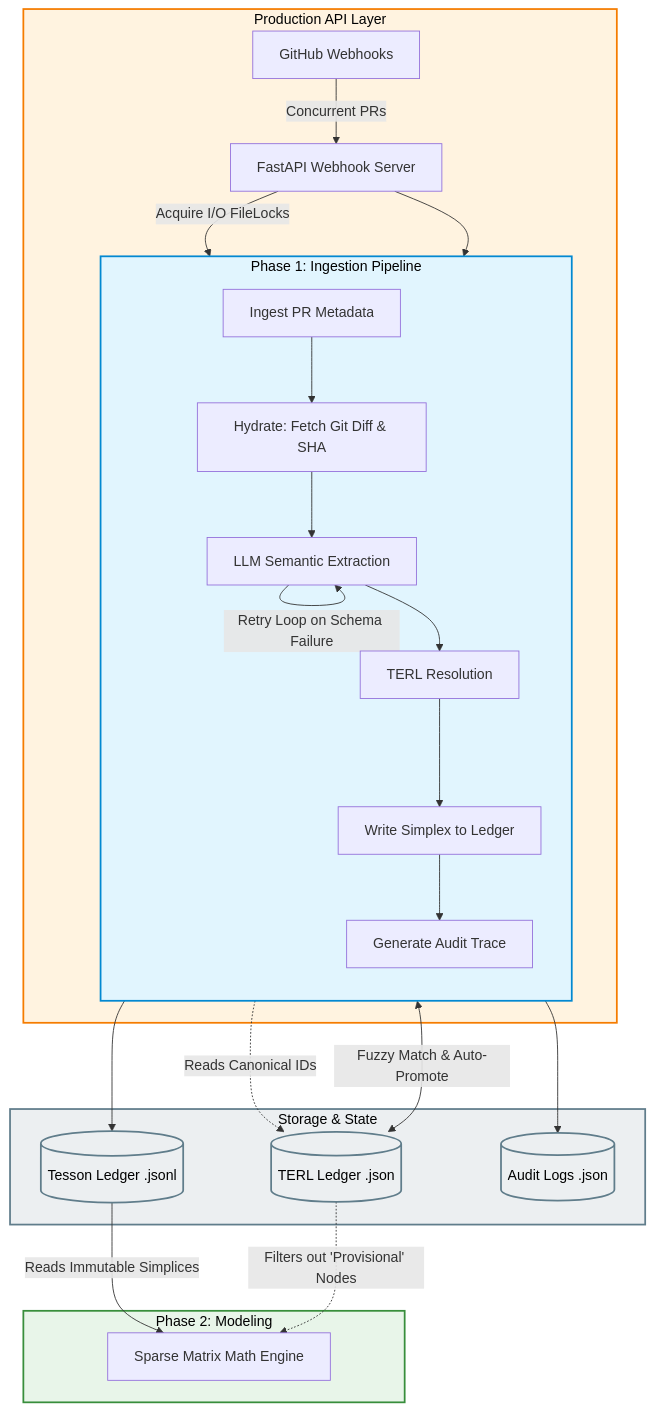
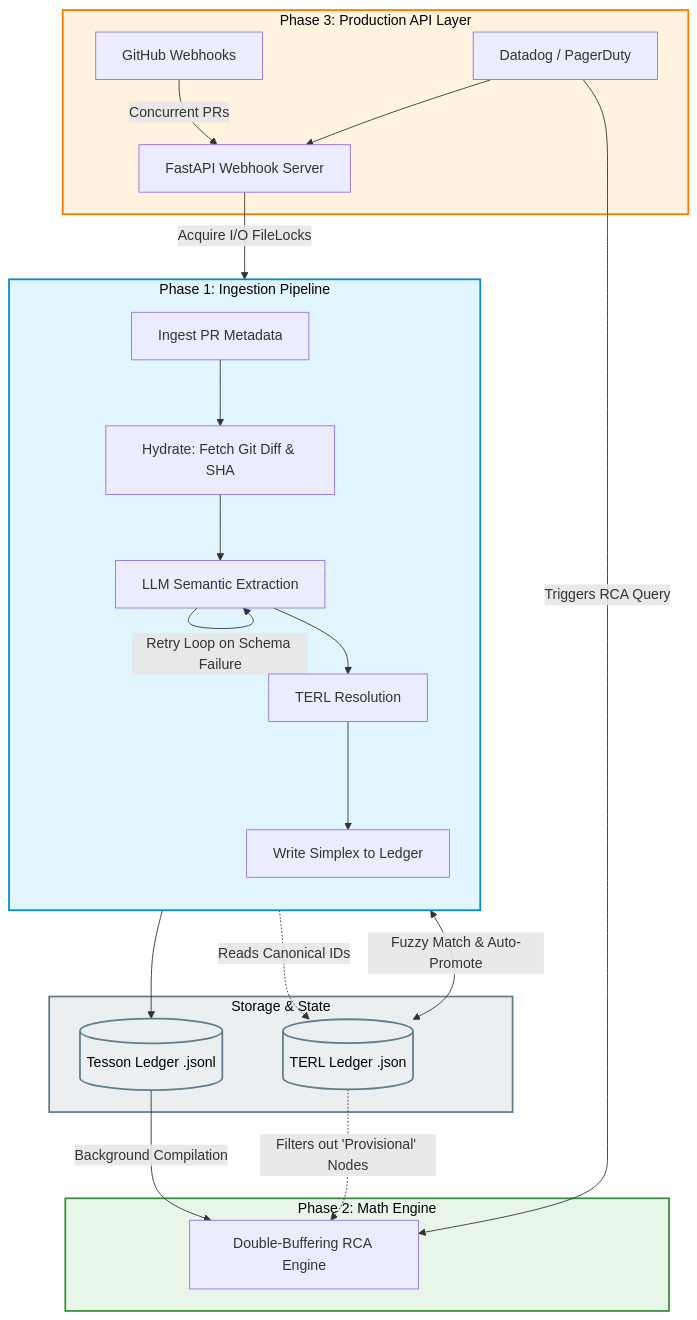
Before and after one commit to RugvedR/project_tesson: the first of 2 diagrams in README.md, drawn with Mermaid. The commit also changed other lines of this file and 2 other files, not shown here.

````diff
--- a/README.md
+++ b/README.md
@@ -11,52 +13,50 @@
 ```mermaid
 graph TD
     %% Production Trigger Layer
-    subgraph Trigger [Production API Layer]
+    subgraph Trigger [Phase 3: Production API Layer]
         Webhooks[GitHub Webhooks] -->|Concurrent PRs| API[FastAPI Webhook Server]
-        API -->|Acquire I/O FileLocks| Pipeline
+        Alerts[Datadog / PagerDuty] --> API
     end
 
-    %% Current MVP LangGraph Pipeline
+    %% Ingestion Pipeline
     subgraph Pipeline [Phase 1: Ingestion Pipeline]
         direction TB
         Ingest[Ingest PR Metadata] --> Hydrate[Hydrate: Fetch Git Diff & SHA]
         Hydrate --> Extract[LLM Semantic Extraction]
         Extract -->|Retry Loop on Schema Failure| Extract
         Extract --> Resolve[TERL Resolution]
         Resolve --> WriteLedger[Write Simplex to Ledger]
-        WriteLedger --> Audit[Generate Audit Trace]
     end
 
-    %% Immutable Storage & Memory
+    %% Downstream Math Engine
+    subgraph Phase2 [Phase 2: Math Engine]
+        Engine[Double-Buffering RCA Engine]
+    end
+
+    %% Storage
     subgraph Data [Storage & State]
         TERL[(TERL Ledger .json)]
         Fact[(Tesson Ledger .jsonl)]
-        Logs[(Audit Logs .json)]
-    end
-
-    %% Downstream Future
-    subgraph Phase2 [Phase 2: Modeling]
-        Engine[Sparse Matrix Math Engine]
     end
 
     %% Edges
-    API --> Pipeline
+    API -->|Acquire I/O FileLocks| Pipeline
     Extract -.->|Reads Canonical IDs| TERL
     Resolve <-->|Fuzzy Match & Auto-Promote| TERL
     WriteLedger --> Fact
-    Audit --> Logs
     
-    Fact -->|Reads Immutable Simplices| Engine
+    Fact -->|Background Compilation| Engine
     TERL -.->|Filters out 'Provisional' Nodes| Engine
+    Alerts -->|Triggers RCA Query| Engine
 
     %% Styling
     classDef mvp fill:#e1f5fe,stroke:#0288d1,stroke-width:2px,color:#000
     classDef prod fill:#fff3e0,stroke:#f57c00,stroke-width:2px,color:#000
     classDef future fill:#e8f5e9,stroke:#388e3c,stroke-width:2px,color:#000
     classDef storage fill:#eceff1,stroke:#607d8b,stroke-width:2px,color:#000
     
     class Pipeline mvp
     class Trigger prod
     class Phase2 future
-    class Data,TERL,Fact,Logs storage
+    class Data,TERL,Fact storage
 ```
````
